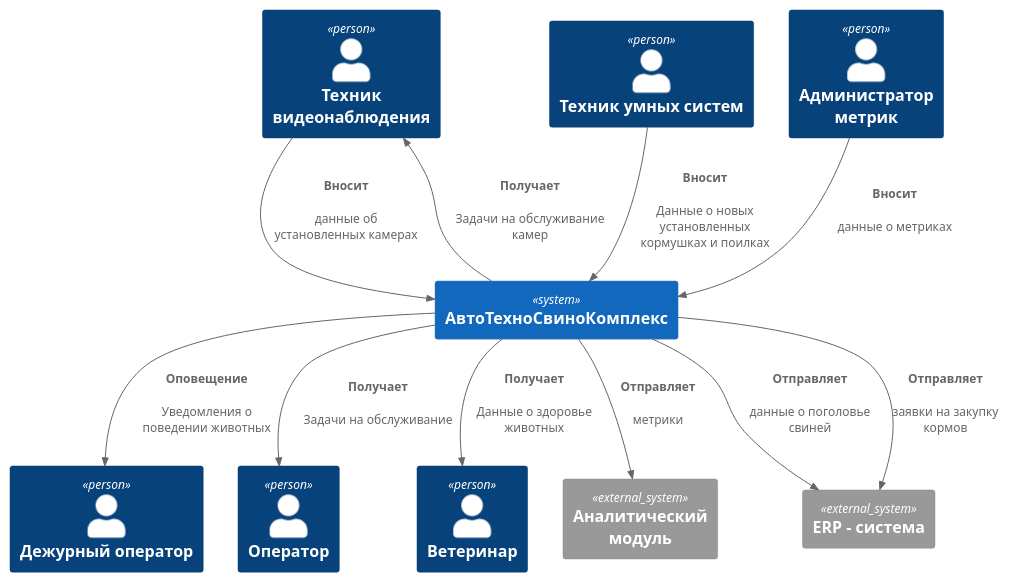
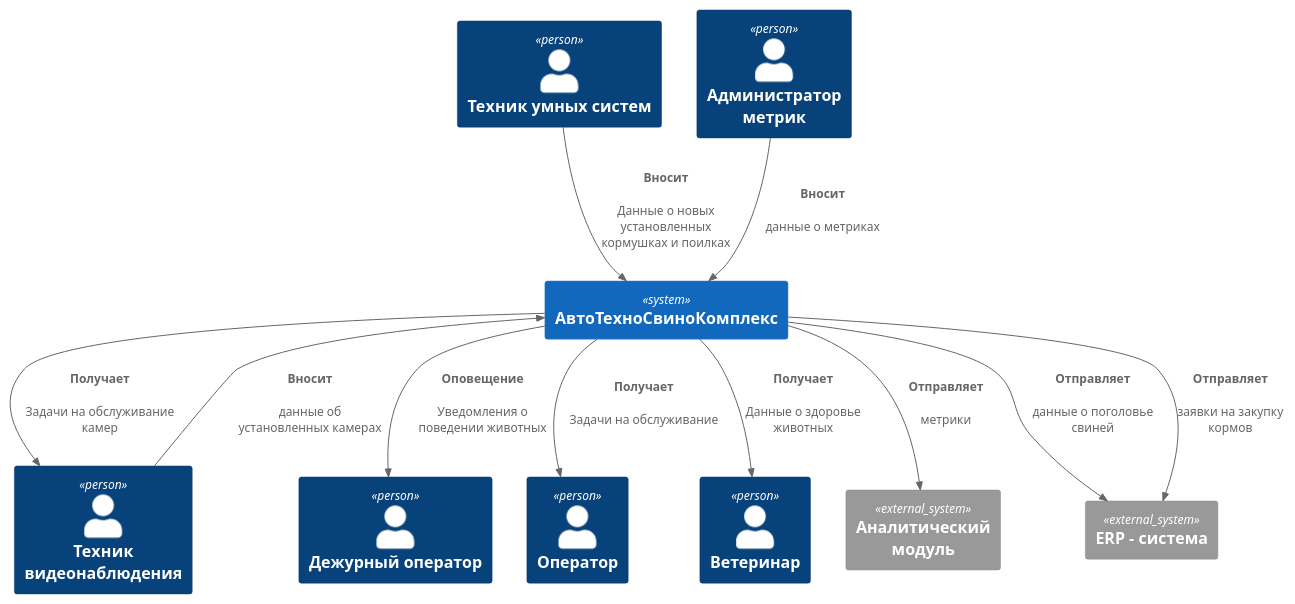
The diagram in Task1/ATCK_C4_Context.puml (mirray/MSA-AgroTech), drawn with PlantUML before and after one commit.

Commit message:
remove layout relationships

```diff
--- a/Task1/ATCK_C4_Context.puml
+++ b/Task1/ATCK_C4_Context.puml
@@ -1,27 +1,27 @@
 @startuml Архитектура_АвтоТехноСвиноКомплекс_v1
 !include <C4/C4_Context>
 
 ' === Участники ===
 Person(duty_operator, "Дежурный оператор")
 Person(technican, "Техник умных систем")
 Person(cv_technican, "Техник видеонаблюдения")
 Person(operator, "Оператор")
 Person(vet, "Ветеринар")
 Person(metric_admin, "Администратор метрик")
 
 System_Ext(analytic, "Аналитический модуль")
 System_Ext(erp, "ERP - система")
 
 System(atck, "АвтоТехноСвиноКомплекс")
 
-Rel_D(atck, duty_operator, "Оповещение","","Уведомления о поведении животных")
+Rel(atck, duty_operator, "Оповещение","","Уведомления о поведении животных")
 Rel(atck, operator, "Получает", "" ,"Задачи на обслуживание")
 Rel(atck, vet, "Получает", "", "Данные о здоровье животных")
-Rel_D(technican, atck,"Вносит", "", "Данные о новых установленных кормушках и поилках")
+Rel(technican, atck,"Вносит", "", "Данные о новых установленных кормушках и поилках")
 Rel(atck, analytic, "Отправляет", "", "метрики")
 Rel(atck, erp, "Отправляет", "", "данные о поголовье свиней")
 Rel(atck, erp, "Отправляет", "", "заявки на закупку кормов")
-Rel_D(metric_admin, atck,"Вносит", "", "данные о метриках")
-Rel_D(cv_technican, atck,"Вносит", "", "данные об установленных камерах")
-Rel_U(atck, cv_technican, "Получает", "" ,"Задачи на обслуживание камер")
+Rel(metric_admin, atck,"Вносит", "", "данные о метриках")
+Rel(cv_technican, atck,"Вносит", "", "данные об установленных камерах")
+Rel(atck, cv_technican, "Получает", "" ,"Задачи на обслуживание камер")
 @enduml
```
